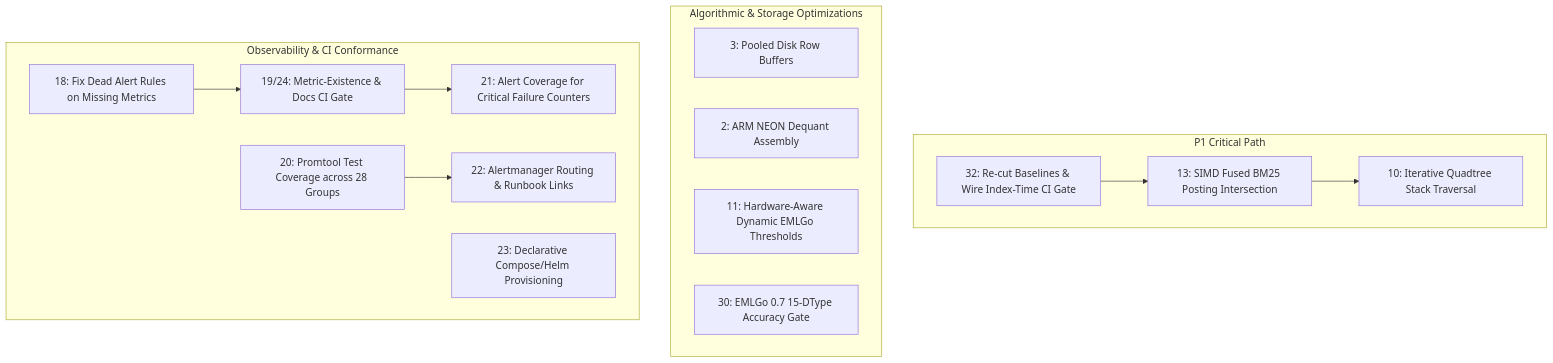
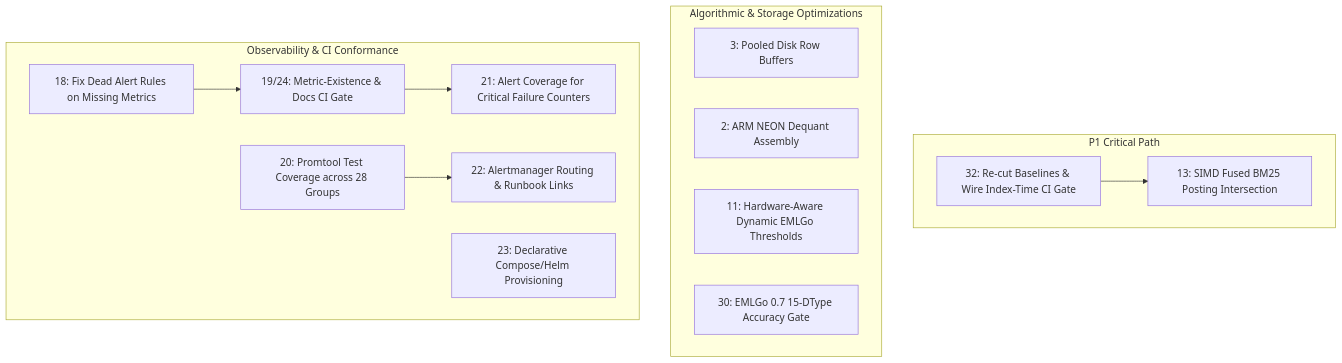
The diagram in docs/roadmap.md (23skdu/longbow), drawn with Mermaid before and after one commit. The commit also changed other lines of this file, not shown here.

Commit message:
docs(roadmap): mark Item 10 completed in roadmap

````diff
--- a/docs/roadmap.md
+++ b/docs/roadmap.md
@@ -16,28 +15,26 @@
 ```mermaid
 graph TD
     subgraph P1["P1 Critical Path"]
         I32["32: Re-cut Baselines & Wire Index-Time CI Gate"]
         I13["13: SIMD Fused BM25 Posting Intersection"]
-        I10["10: Iterative Quadtree Stack Traversal"]
     end
     subgraph P2["Algorithmic & Storage Optimizations"]
         I3["3: Pooled Disk Row Buffers"]
         I2["2: ARM NEON Dequant Assembly"]
         I11["11: Hardware-Aware Dynamic EMLGo Thresholds"]
         I30["30: EMLGo 0.7 15-DType Accuracy Gate"]
     end
     subgraph P3["Observability & CI Conformance"]
         I18["18: Fix Dead Alert Rules on Missing Metrics"]
         I19["19/24: Metric-Existence & Docs CI Gate"]
         I21["21: Alert Coverage for Critical Failure Counters"]
         I20["20: Promtool Test Coverage across 28 Groups"]
         I22["22: Alertmanager Routing & Runbook Links"]
         I23["23: Declarative Compose/Helm Provisioning"]
     end
 
     I32 --> I13
-    I13 --> I10
     I18 --> I19
     I19 --> I21
     I20 --> I22
 ```
````
